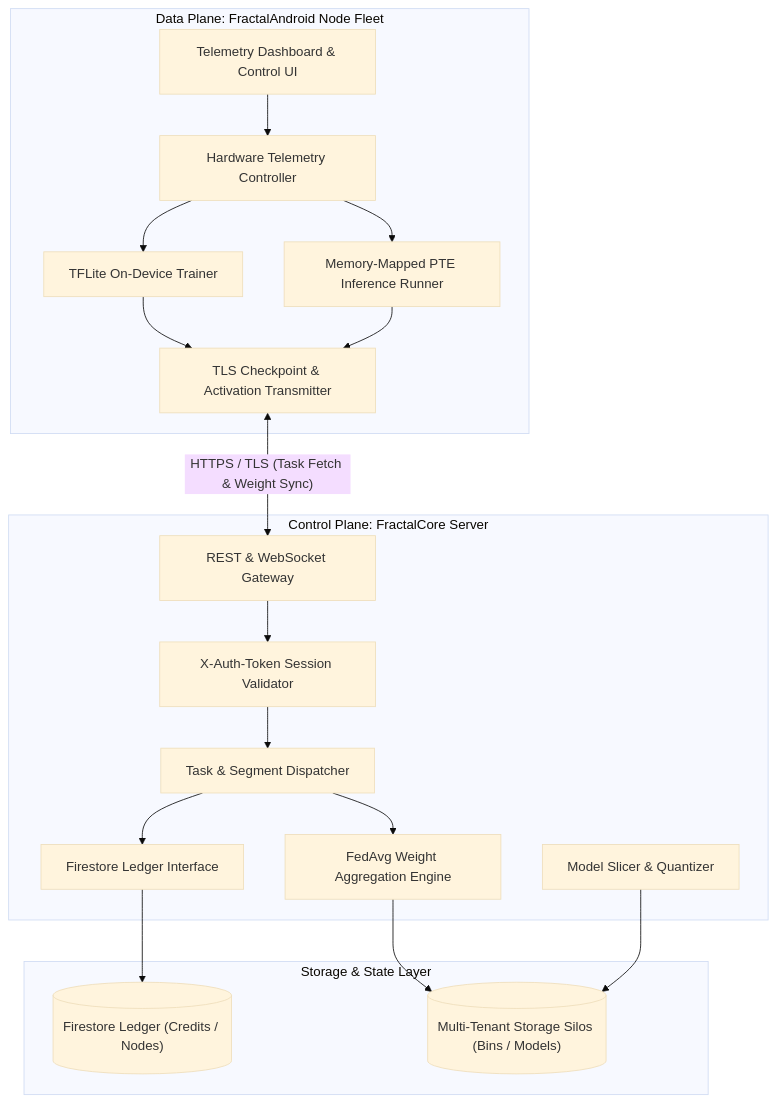
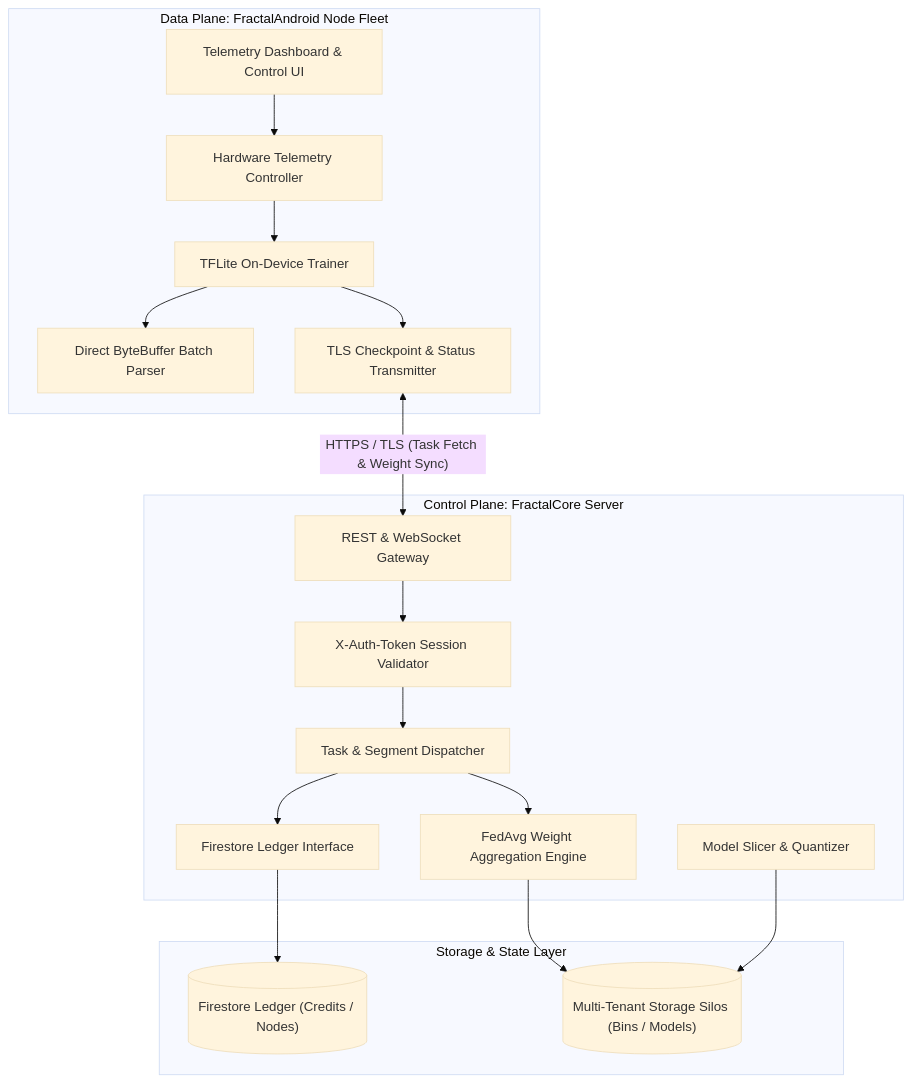
The diagram in docs/PUBLIC_README.md (Fractal-Compute-Orchestrations/FractalWorkspace), drawn with Mermaid (base theme) before and after one commit. The commit also changed other lines of this file and 1 other file, not shown here.

Commit message:
docs: add full FYP Final Report and align architecture specs with implementation

````diff
--- a/docs/PUBLIC_README.md
+++ b/docs/PUBLIC_README.md
@@ -24,41 +24,40 @@
 ```mermaid
 graph TD
     subgraph ControlPlane ["Control Plane: FractalCore Server"]
         API["REST & WebSocket Gateway"]
         Auth["X-Auth-Token Session Validator"]
         Scheduler["Task & Segment Dispatcher"]
         Aggregator["FedAvg Weight Aggregation Engine"]
         SlicerEngine["Model Slicer & Quantizer"]
         LedgerManager["Firestore Ledger Interface"]
     end
 
     subgraph DataPlane ["Data Plane: FractalAndroid Node Fleet"]
         AppUI["Telemetry Dashboard & Control UI"]
         TelemetryGate["Hardware Telemetry Controller"]
         TFLiteRunner["TFLite On-Device Trainer"]
-        ExecuTorchRunner["Memory-Mapped PTE Inference Runner"]
-        NetworkTransmitter["TLS Checkpoint & Activation Transmitter"]
+        DataManager["Direct ByteBuffer Batch Parser"]
+        NetworkTransmitter["TLS Checkpoint & Status Transmitter"]
     end
 
     subgraph StorageTier ["Storage & State Layer"]
         FirestoreState[("Firestore Ledger (Credits / Nodes)")]
         LocalSilos[("Multi-Tenant Storage Silos (Bins / Models)")]
     end
 
     %% Wiring
     API --> Auth
     Auth --> Scheduler
     Scheduler --> Aggregator
     Aggregator --> LocalSilos
     SlicerEngine --> LocalSilos
     Scheduler --> LedgerManager
     LedgerManager --> FirestoreState
 
     AppUI --> TelemetryGate
     TelemetryGate --> TFLiteRunner
-    TelemetryGate --> ExecuTorchRunner
+    TFLiteRunner --> DataManager
     TFLiteRunner --> NetworkTransmitter
-    ExecuTorchRunner --> NetworkTransmitter
 
     NetworkTransmitter <-->|"HTTPS / TLS (Task Fetch & Weight Sync)"| API
 ```
````
